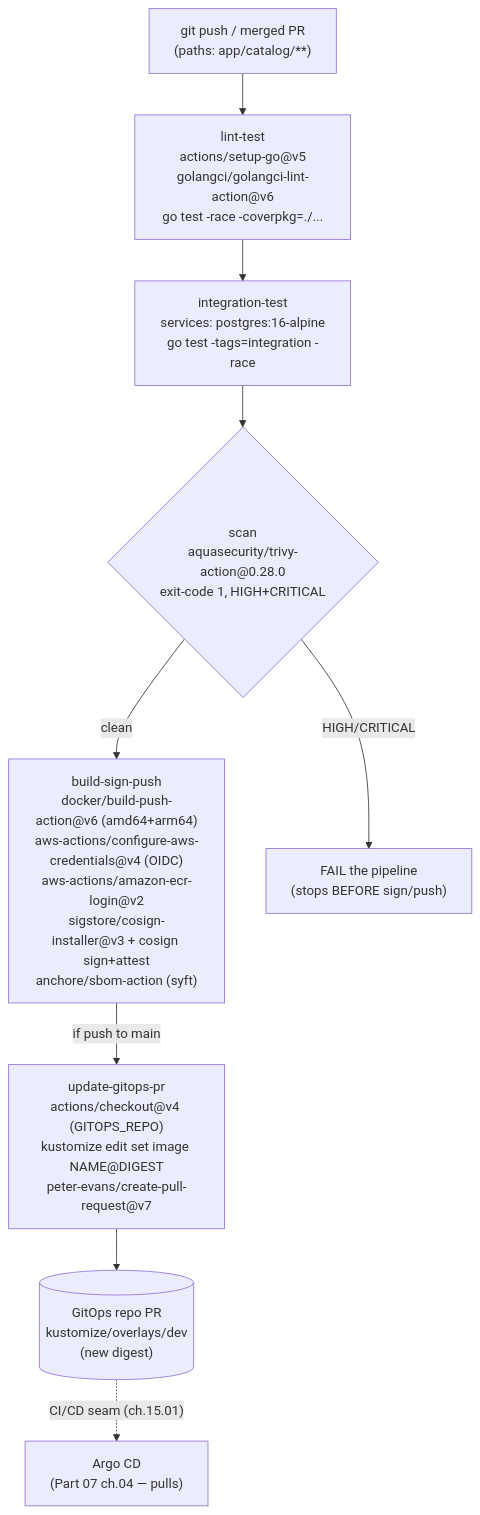
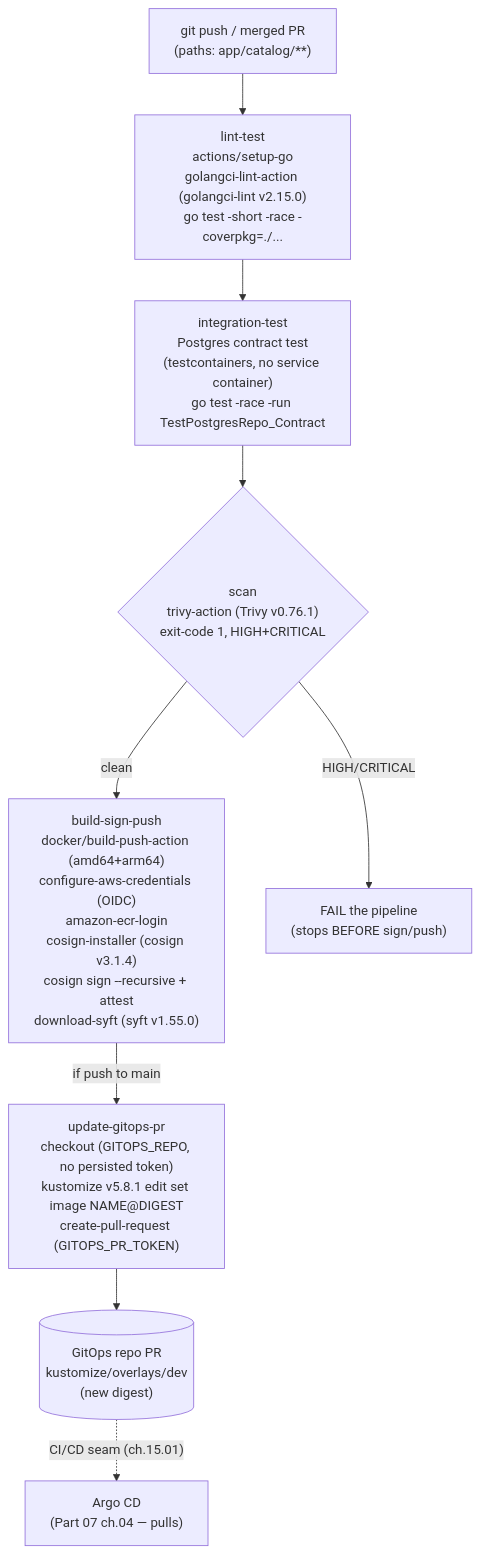
Before and after one commit to abd-ulbasit/bookstore-kubernetes-guide: the diagram in full-guide/15-day-to-day-production-ops/02-application-cicd-pipelines.md, drawn with Mermaid. The commit also changed other lines of this file and 5 other files, not shown here.

First line of the commit message:
ch15.02: pin CI actions by SHA, scope jobs, fix the integration job

````diff
--- a/full-guide/15-day-to-day-production-ops/02-application-cicd-pipelines.md
+++ b/full-guide/15-day-to-day-production-ops/02-application-cicd-pipelines.md
@@ -173,18 +189,18 @@
 ```mermaid
 flowchart TD
     push["git push / merged PR<br/>(paths: app/catalog/**)"]
-    lt["lint-test<br/>actions/setup-go@v5<br/>golangci/golangci-lint-action@v6<br/>go test -race -coverpkg=./..."]
-    it["integration-test<br/>services: postgres:16-alpine<br/>go test -tags=integration -race"]
-    sc{"scan<br/>aquasecurity/trivy-action@0.28.0<br/>exit-code 1, HIGH+CRITICAL"}
-    bsp["build-sign-push<br/>docker/build-push-action@v6 (amd64+arm64)<br/>aws-actions/configure-aws-credentials@v4 (OIDC)<br/>aws-actions/amazon-ecr-login@v2<br/>sigstore/cosign-installer@v3 + cosign sign+attest<br/>anchore/sbom-action (syft)"]
-    gp["update-gitops-pr<br/>actions/checkout@v4 (GITOPS_REPO)<br/>kustomize edit set image NAME@DIGEST<br/>peter-evans/create-pull-request@v7"]
+    lt["lint-test<br/>actions/setup-go<br/>golangci-lint-action (golangci-lint v2.15.0)<br/>go test -short -race -coverpkg=./..."]
+    it["integration-test<br/>Postgres contract test<br/>(testcontainers, no service container)<br/>go test -race -run TestPostgresRepo_Contract"]
+    sc{"scan<br/>trivy-action (Trivy v0.76.1)<br/>exit-code 1, HIGH+CRITICAL"}
+    bsp["build-sign-push<br/>docker/build-push-action (amd64+arm64)<br/>configure-aws-credentials (OIDC)<br/>amazon-ecr-login<br/>cosign-installer (cosign v3.1.4)<br/>cosign sign --recursive + attest<br/>download-syft (syft v1.55.0)"]
+    gp["update-gitops-pr<br/>checkout (GITOPS_REPO, no persisted token)<br/>kustomize v5.8.1 edit set image NAME@DIGEST<br/>create-pull-request (GITOPS_PR_TOKEN)"]
     fail["FAIL the pipeline<br/>(stops BEFORE sign/push)"]
     git[("GitOps repo PR<br/>kustomize/overlays/dev<br/>(new digest)")]
     argo["Argo CD<br/>(Part 07 ch.04 — pulls)"]
 
     push --> lt --> it --> sc
     sc -- "clean" --> bsp -- "if push to main" --> gp
     sc -- "HIGH/CRITICAL" --> fail
     gp --> git
     git -. "CI/CD seam (ch.15.01)" .-> argo
 ```
````
